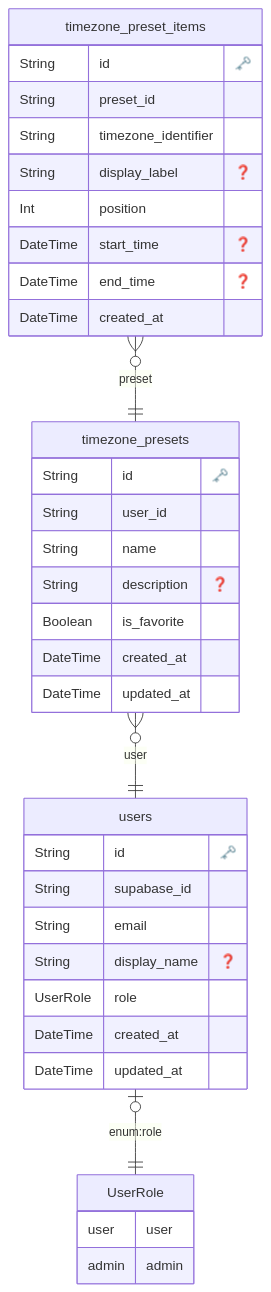
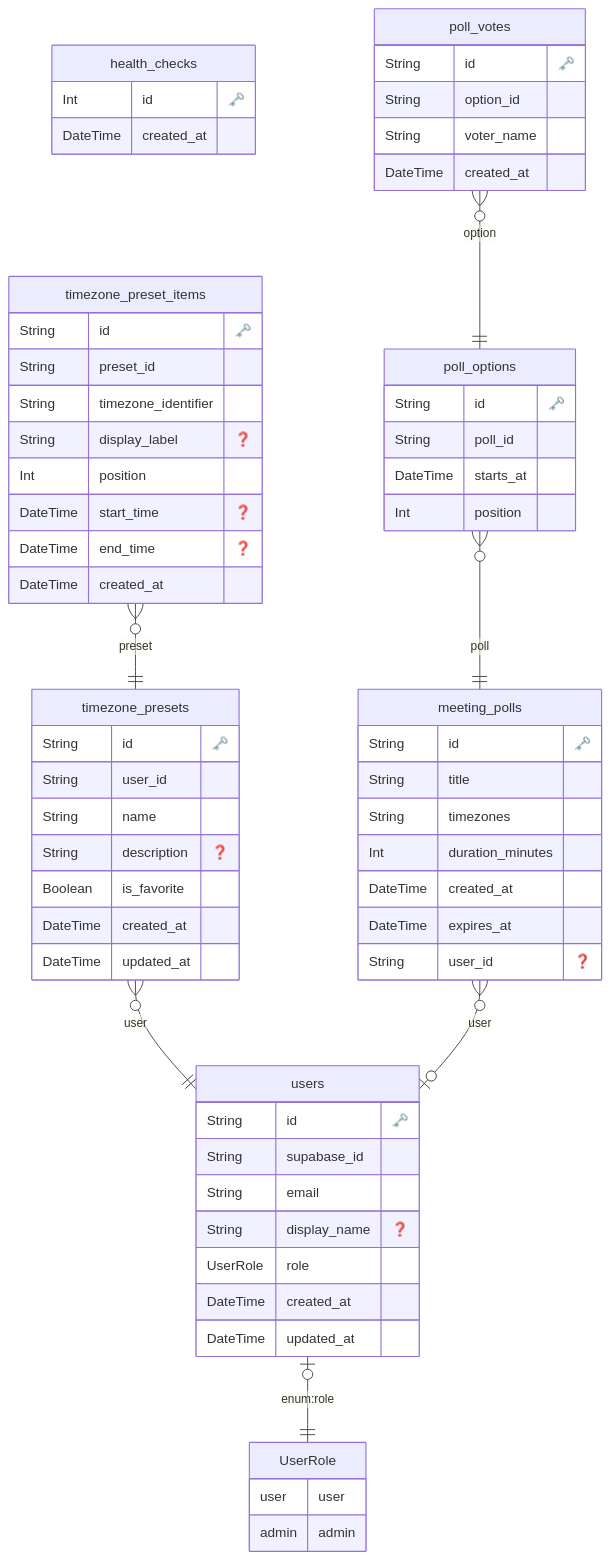
The diagram in backend/ERD.md (KaitoSaito2222/timezone-harmony), drawn with Mermaid before and after one commit. The commit also changed 49 other files, not shown here.

````diff
--- a/backend/ERD.md
+++ b/backend/ERD.md
@@ -1,45 +1,81 @@
 ```mermaid
 erDiagram
 
         UserRole {
             user user
 admin admin
         }
     
   "users" {
     String id "🗝️"
     String supabase_id 
     String email 
     String display_name "❓"
     UserRole role 
     DateTime created_at 
     DateTime updated_at 
     }
   
 
   "timezone_presets" {
     String id "🗝️"
     String user_id 
     String name 
     String description "❓"
     Boolean is_favorite 
     DateTime created_at 
     DateTime updated_at 
     }
   
 
   "timezone_preset_items" {
     String id "🗝️"
     String preset_id 
     String timezone_identifier 
     String display_label "❓"
     Int position 
     DateTime start_time "❓"
     DateTime end_time "❓"
     DateTime created_at 
     }
   
+
+  "health_checks" {
+    Int id "🗝️"
+    DateTime created_at 
+    }
+  
+
+  "meeting_polls" {
+    String id "🗝️"
+    String title 
+    String timezones 
+    Int duration_minutes 
+    DateTime created_at 
+    DateTime expires_at 
+    String user_id "❓"
+    }
+  
+
+  "poll_options" {
+    String id "🗝️"
+    String poll_id 
+    DateTime starts_at 
+    Int position 
+    }
+  
+
+  "poll_votes" {
+    String id "🗝️"
+    String option_id 
+    String voter_name 
+    DateTime created_at 
+    }
+  
     "users" |o--|| "UserRole" : "enum:role"
     "timezone_presets" }o--|| users : "user"
     "timezone_preset_items" }o--|| timezone_presets : "preset"
+    "meeting_polls" }o--|o users : "user"
+    "poll_options" }o--|| meeting_polls : "poll"
+    "poll_votes" }o--|| poll_options : "option"
 ```
````
